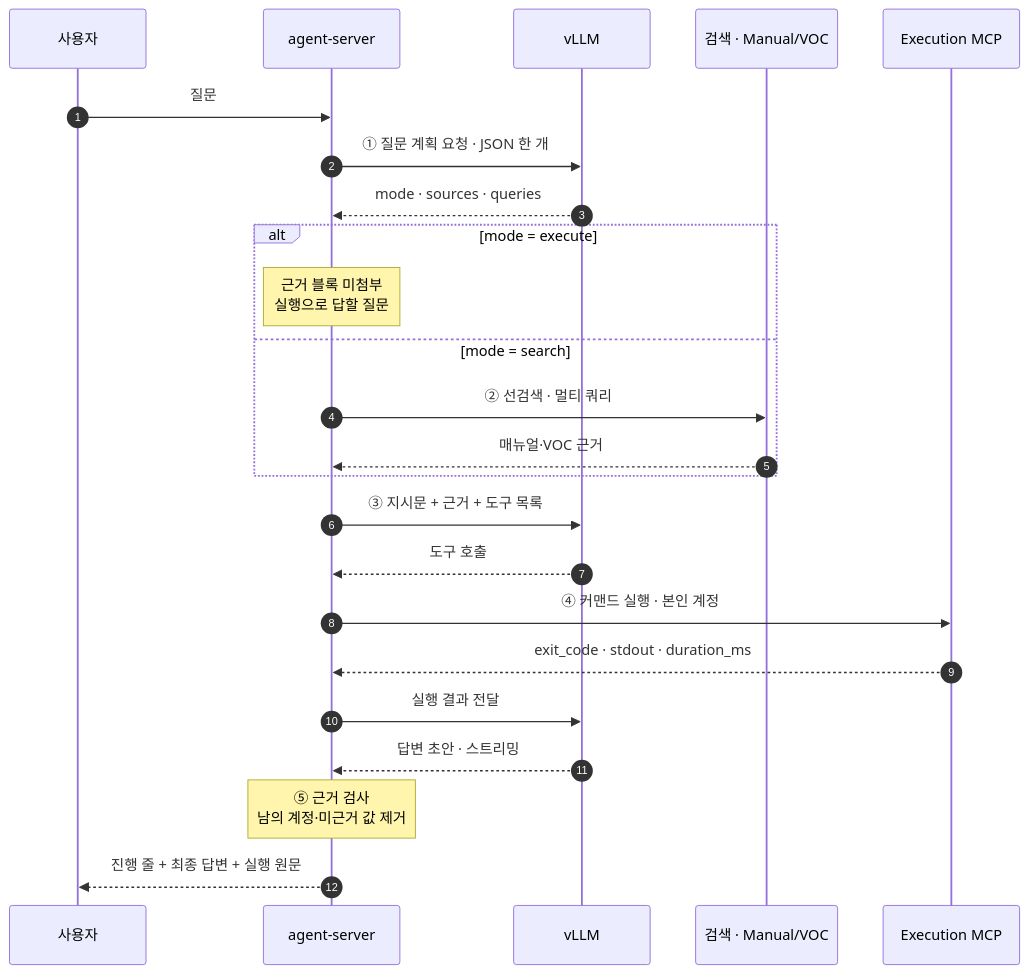
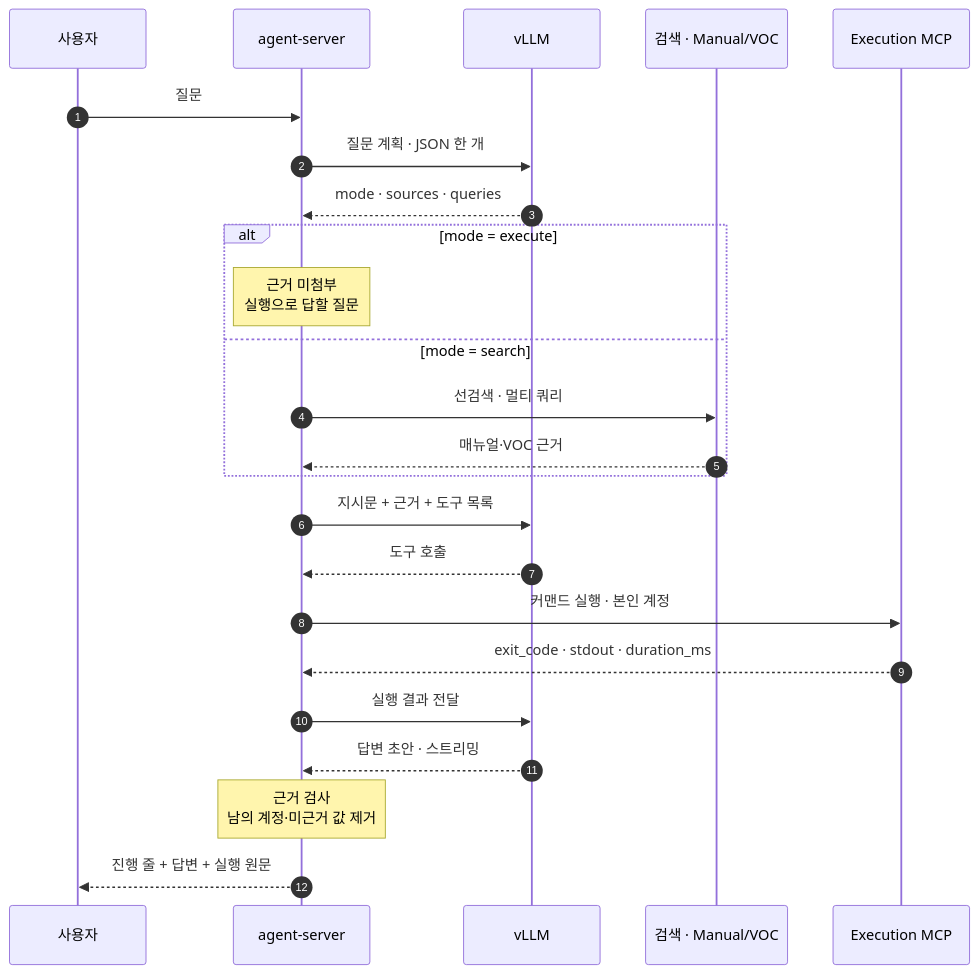
Before and after one commit to ssyrc/AI-Infra-Assistant-pub: the second of 4 diagrams in README.md, drawn with Mermaid. The commit also changed other lines of this file, not shown here.

````diff
--- a/README.md
+++ b/README.md
@@ -83,27 +76,27 @@
 ```mermaid
 sequenceDiagram
     autonumber
     participant U as 사용자
     participant A as agent-server
     participant L as vLLM
     participant R as 검색 · Manual/VOC
     participant X as Execution MCP
 
     U->>A: 질문
-    A->>L: ① 질문 계획 요청 · JSON 한 개
+    A->>L: 질문 계획 · JSON 한 개
     L-->>A: mode · sources · queries
     alt mode = execute
-        Note over A: 근거 블록 미첨부<br/>실행으로 답할 질문
+        Note over A: 근거 미첨부<br/>실행으로 답할 질문
     else mode = search
-        A->>R: ② 선검색 · 멀티 쿼리
+        A->>R: 선검색 · 멀티 쿼리
         R-->>A: 매뉴얼·VOC 근거
     end
-    A->>L: ③ 지시문 + 근거 + 도구 목록
+    A->>L: 지시문 + 근거 + 도구 목록
     L-->>A: 도구 호출
-    A->>X: ④ 커맨드 실행 · 본인 계정
+    A->>X: 커맨드 실행 · 본인 계정
     X-->>A: exit_code · stdout · duration_ms
     A->>L: 실행 결과 전달
     L-->>A: 답변 초안 · 스트리밍
-    Note over A: ⑤ 근거 검사<br/>남의 계정·미근거 값 제거
-    A-->>U: 진행 줄 + 최종 답변 + 실행 원문
+    Note over A: 근거 검사<br/>남의 계정·미근거 값 제거
+    A-->>U: 진행 줄 + 답변 + 실행 원문
 ```
````
